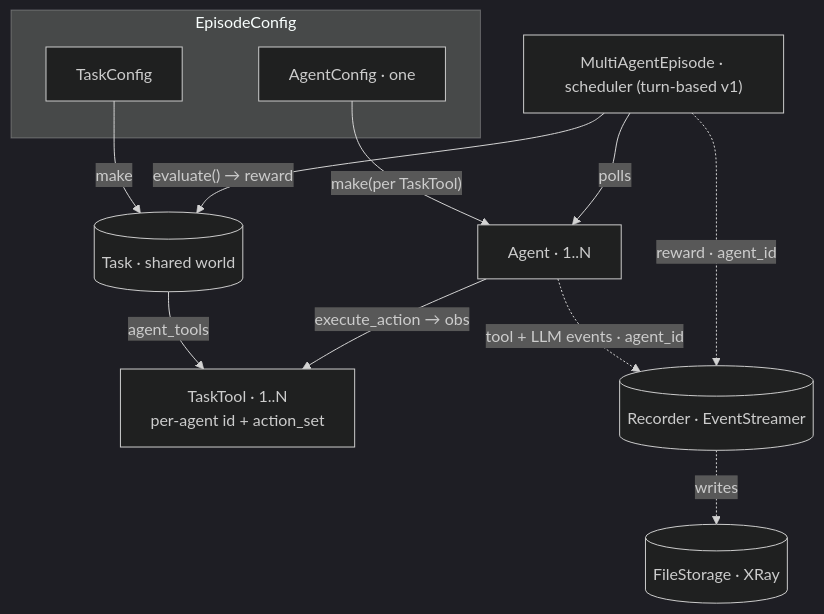
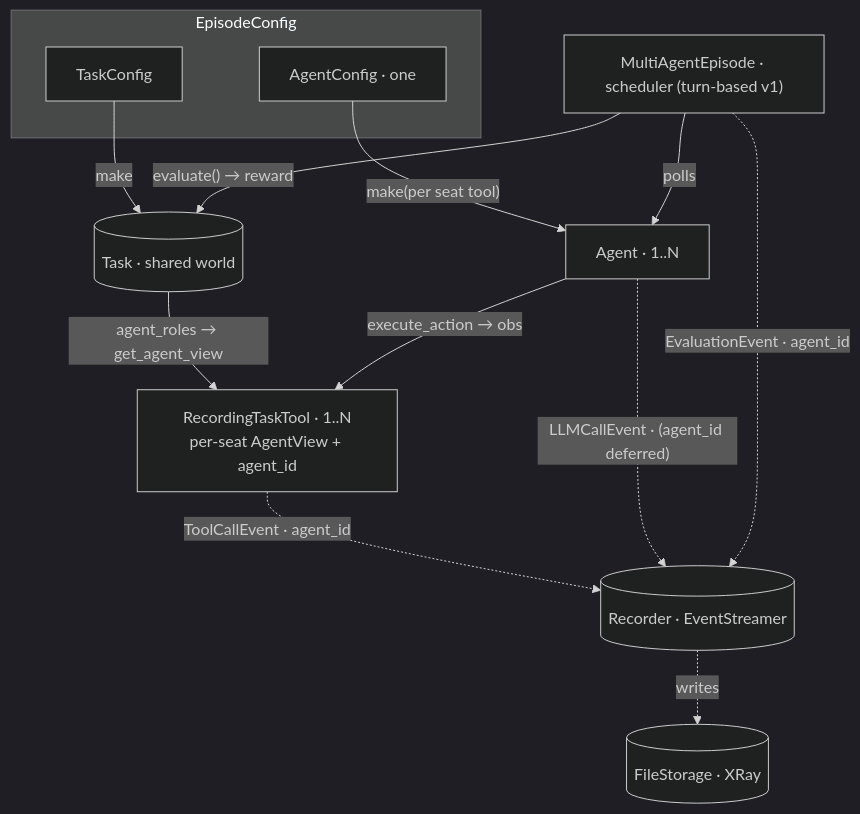
One commit to Surya-5555/cube-harness changed the diagram in openspec/changes/multi-agent-episode/proposal.md. Above: the diagram before and after it, drawn with Mermaid (dark theme). The commit also changed other lines of this file and 2 other files, not shown here.

First line of the commit message:
docs: sync mcp spec + multi-agent-episode change to the AgentView contract

````diff
--- a/openspec/changes/multi-agent-episode/proposal.md
+++ b/openspec/changes/multi-agent-episode/proposal.md
@@ -71,17 +75,18 @@
 ```mermaid
 flowchart TB
   subgraph CFG["EpisodeConfig"]
     AC["AgentConfig · one"]
     TC["TaskConfig"]
   end
   AR["MultiAgentEpisode · scheduler (turn-based v1)"]
   TC -->|make| TASK[("Task · shared world")]
-  TASK -->|agent_tools| TTS["TaskTool · 1..N<br/>per-agent id + action_set"]
-  AC -->|"make(per TaskTool)"| AGS["Agent · 1..N"]
+  TASK -->|"agent_roles → get_agent_view"| TTS["RecordingTaskTool · 1..N<br/>per-seat AgentView + agent_id"]
+  AC -->|"make(per seat tool)"| AGS["Agent · 1..N"]
   AR -->|polls| AGS
   AGS -->|execute_action → obs| TTS
   AR -->|"evaluate() → reward"| TASK
-  AGS -. "tool + LLM events · agent_id" .-> ST[("Recorder · EventStreamer")]
-  AR -. "reward · agent_id" .-> ST
+  TTS -. "ToolCallEvent · agent_id" .-> ST[("Recorder · EventStreamer")]
+  AGS -. "LLMCallEvent · (agent_id deferred)" .-> ST
+  AR -. "EvaluationEvent · agent_id" .-> ST
   ST -. writes .-> SINK[("FileStorage · XRay")]
 ```
````
